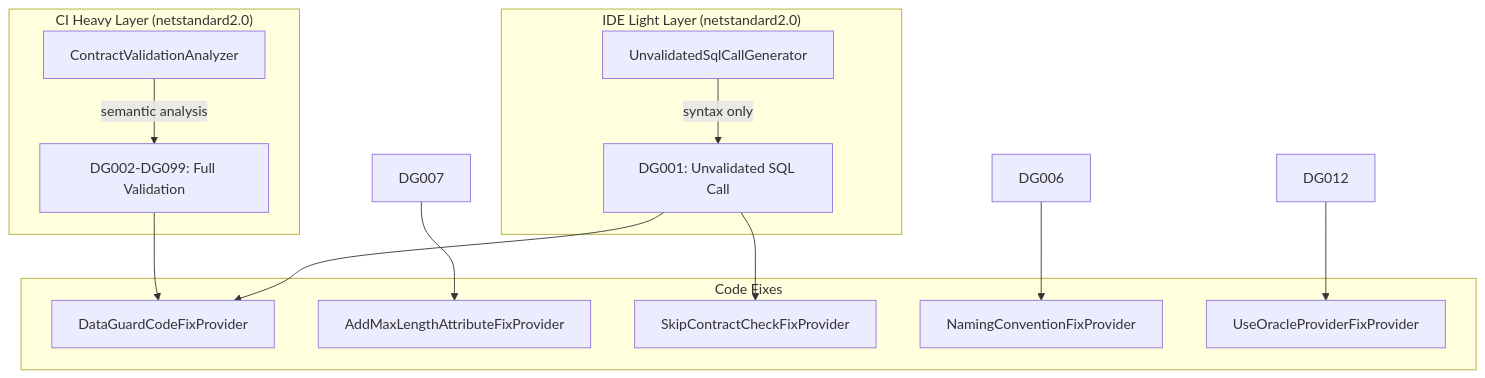
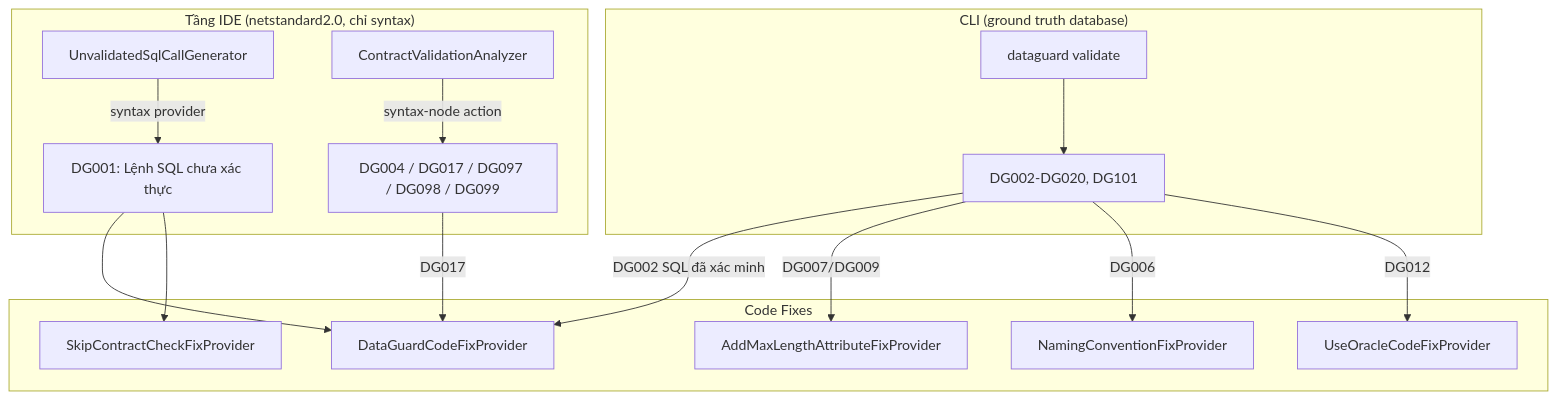
One commit to thanhnt-sm/eco_support_net_oracle changed the diagram in docs/03-components/tooling/analyzers.vi.md. Above: the diagram before and after it, drawn with Mermaid. The commit also changed other lines of this file and 408 other files, not shown here.

````diff
--- a/docs/03-components/tooling/analyzers.vi.md
+++ b/docs/03-components/tooling/analyzers.vi.md
@@ -7,30 +10,34 @@
 ```mermaid
 graph TB
-    subgraph "IDE Light Layer (netstandard2.0)"
+    subgraph "Tầng IDE (netstandard2.0, chỉ syntax)"
         UG[UnvalidatedSqlCallGenerator]
-        DG001[DG001: Unvalidated SQL Call]
+        CVA[ContractValidationAnalyzer]
+        DG001[DG001: Lệnh SQL chưa xác thực]
+        HEUR[DG004 / DG017 / DG097 / DG098 / DG099]
     end
 
-    subgraph "CI Heavy Layer (netstandard2.0)"
-        CVA[ContractValidationAnalyzer]
-        DG002-DG099[DG002-DG099: Full Validation]
+    subgraph "CLI (ground truth database)"
+        CLI[dataguard validate]
+        ENGINE[DG002-DG020, DG101]
     end
 
     subgraph "Code Fixes"
         CFP[DataGuardCodeFixProvider]
         MAFP[AddMaxLengthAttributeFixProvider]
         SCFP[SkipContractCheckFixProvider]
         NCFP[NamingConventionFixProvider]
-        UOFP[UseOracleProviderFixProvider]
+        UOFP[UseOracleCodeFixProvider]
     end
 
-    UG -->|syntax only| DG001
-    CVA -->|semantic analysis| DG002-DG099
+    UG -->|syntax provider| DG001
+    CVA -->|syntax-node action| HEUR
+    CLI --> ENGINE
 
     DG001 --> CFP
-    DG002-DG099 --> CFP
-    DG007 --> MAFP
     DG001 --> SCFP
-    DG006 --> NCFP
-    DG012 --> UOFP
+    HEUR -->|DG017| CFP
+    ENGINE -->|DG002 SQL đã xác minh| CFP
+    ENGINE -->|DG007/DG009| MAFP
+    ENGINE -->|DG006| NCFP
+    ENGINE -->|DG012| UOFP
 ```
````
